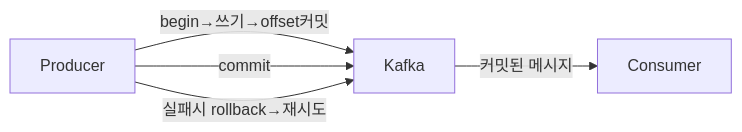
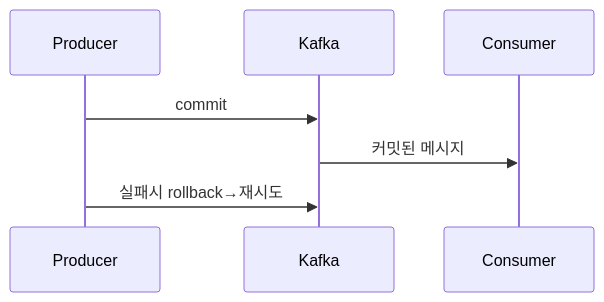
One commit to yjkim2015/yjkim2015.github.io changed diagram 13 of 21 in _posts/kafka/2026-05-01-kafka-internals.md. Above: the diagram before and after it, drawn with Mermaid. The commit also changed other lines of this file and 89 other files, not shown here.

First line of the commit message:
복잡한 flowchart 163개 → sequenceDiagram 변환 (90파일)

````diff
--- a/_posts/kafka/2026-05-01-kafka-internals.md
+++ b/_posts/kafka/2026-05-01-kafka-internals.md
@@ -336,7 +333,6 @@
 ```mermaid
-graph LR
-    P["Producer"] -->|"begin→쓰기→offset커밋"| K["Kafka"]
-    P -->|"commit"| K
-    K -->|"커밋된 메시지"| C["Consumer"]
-    P -->|"실패시 rollback→재시도"| K
+sequenceDiagram
+    Producer->>Kafka: commit
+    Kafka->>Consumer: 커밋된 메시지
+    Producer->>Kafka: 실패시 rollback→재시도
 ```
````
